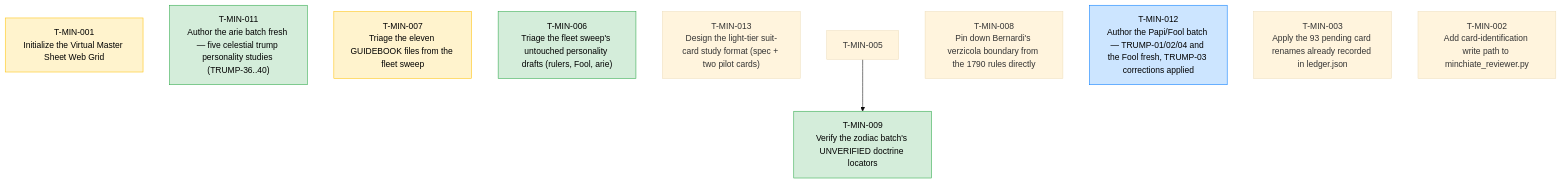
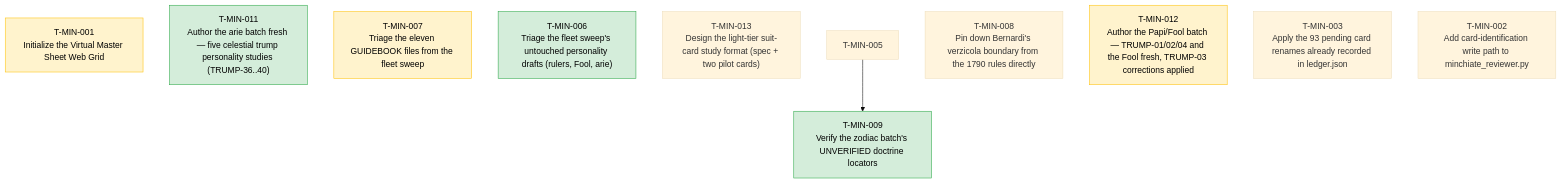
The diagram in TASKS.md (wgmilleriii/task_coordinator), drawn with Mermaid (base theme) before and after one commit. The commit also changed other lines of this file and 2 other files, not shown here.

Commit message:
T-MIN-012: verified PASS and submitted for peer review at head 103061a on branch test-T-MIN-012

````diff
--- a/TASKS.md
+++ b/TASKS.md
@@ -7,18 +7,18 @@
 ```mermaid
 graph TD
     classDef done fill:#d4edda,stroke:#28a745,color:#000;
     classDef blocked fill:#f8d7da,stroke:#dc3545,color:#000;
     classDef review fill:#fff3cd,stroke:#ffc107,color:#000;
     classDef active fill:#cce5ff,stroke:#007bff,color:#000;
     T-MIN-001["T-MIN-001<br/>Initialize the Virtual Master Sheet Web Grid"]:::review
     T-MIN-011["T-MIN-011<br/>Author the arie batch fresh — five celestial trump personality studies (TRUMP-36..40)"]:::done
     T-MIN-007["T-MIN-007<br/>Triage the eleven GUIDEBOOK files from the fleet sweep"]:::review
     T-MIN-006["T-MIN-006<br/>Triage the fleet sweep's untouched personality drafts (rulers, Fool, arie)"]:::done
     T-MIN-013["T-MIN-013<br/>Design the light-tier suit-card study format (spec + two pilot cards)"]
     T-MIN-009["T-MIN-009<br/>Verify the zodiac batch's UNVERIFIED doctrine locators"]:::done
     T-MIN-005 --> T-MIN-009
     T-MIN-008["T-MIN-008<br/>Pin down Bernardi's verzicola boundary from the 1790 rules directly"]
-    T-MIN-012["T-MIN-012<br/>Author the Papi/Fool batch — TRUMP-01/02/04 and the Fool fresh, TRUMP-03 corrections applied"]:::active
+    T-MIN-012["T-MIN-012<br/>Author the Papi/Fool batch — TRUMP-01/02/04 and the Fool fresh, TRUMP-03 corrections applied"]:::review
     T-MIN-003["T-MIN-003<br/>Apply the 93 pending card renames already recorded in ledger.json"]
     T-MIN-002["T-MIN-002<br/>Add card-identification write path to minchiate_reviewer.py"]
 ```
````
